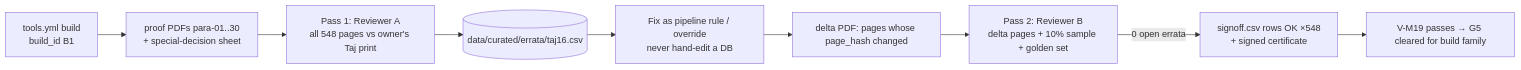
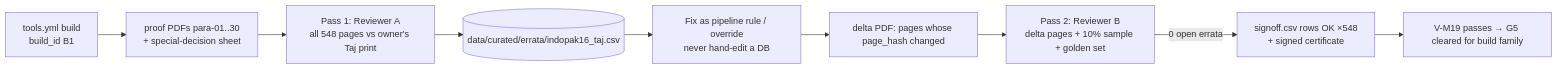
Before and after one commit to Chughtaie/criterion: the second of 3 diagrams in docs/plan/10-quality-testing-ci.md, drawn with Mermaid. The commit also changed other lines of this file and 5 other files, not shown here.

````diff
--- a/docs/plan/10-quality-testing-ci.md
+++ b/docs/plan/10-quality-testing-ci.md
@@ -808,11 +808,11 @@
 ```mermaid
 flowchart LR
   P[tools.yml build<br/>build_id B1] --> R[proof PDFs para-01..30<br/>+ special-decision sheet]
   R --> H1[Pass 1: Reviewer A<br/>all 548 pages vs owner's Taj print]
-  H1 --> E[(data/curated/errata/taj16.csv)]
+  H1 --> E[(data/curated/errata/indopak16_taj.csv)]
   E --> F[Fix as pipeline rule / override<br/>never hand-edit a DB]
   F --> D[delta PDF: pages whose page_hash changed]
   D --> H2[Pass 2: Reviewer B<br/>delta pages + 10% sample + golden set]
   H2 -->|0 open errata| S[signoff.csv rows OK ×548<br/>+ signed certificate]
   S --> G[V-M19 passes → G5 cleared for build family]
 ```
````
